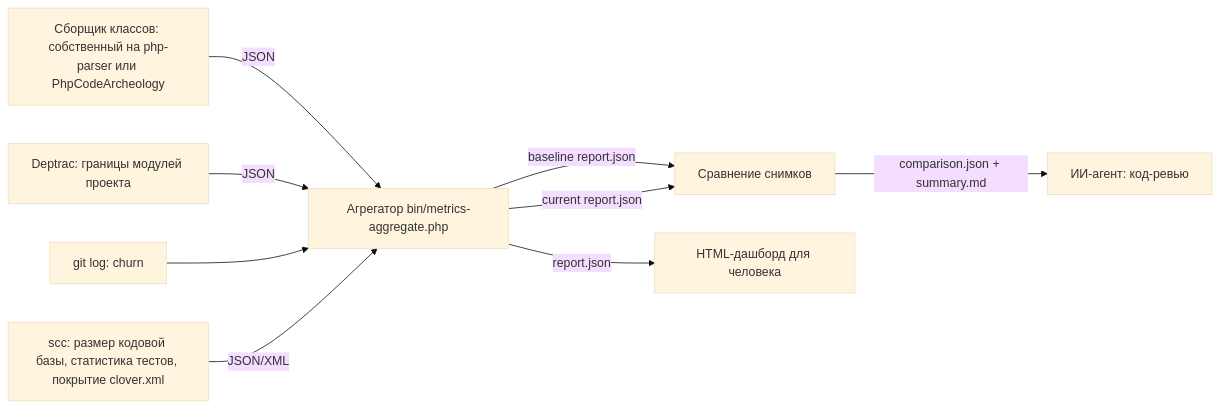
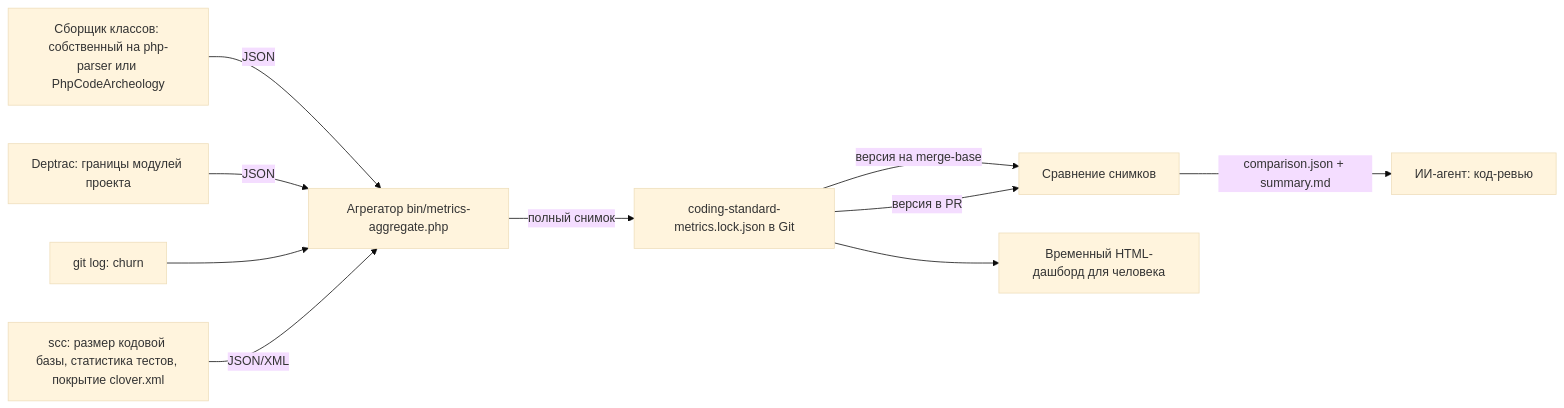
One commit to prikotov/coding-standard changed the diagram in todo/EPIC-metrics-ai-maintainability.todo.md. Above: the diagram before and after it, drawn with Mermaid (base theme). The commit also changed other lines of this file and 4 other files, not shown here.

````diff
--- a/todo/EPIC-metrics-ai-maintainability.todo.md
+++ b/todo/EPIC-metrics-ai-maintainability.todo.md
@@ -98,11 +102,12 @@
 ```mermaid
 flowchart LR
     A[Сборщик классов: собственный на php-parser или PhpCodeArcheology] -->|JSON| D
     B[Deptrac: границы модулей проекта] -->|JSON| D
     C[git log: churn] --> D
     S[scc: размер кодовой базы, статистика тестов, покрытие clover.xml] -->|JSON/XML| D
-    D[Агрегатор bin/metrics-aggregate.php] -->|baseline report.json| G[Сравнение снимков]
-    D -->|current report.json| G
+    D[Агрегатор bin/metrics-aggregate.php] -->|полный снимок| L[coding-standard-metrics.lock.json в Git]
+    L -->|версия на merge-base| G[Сравнение снимков]
+    L -->|версия в PR| G
     G -->|comparison.json + summary.md| F[ИИ-агент: код-ревью]
-    D -->|report.json| E[HTML-дашборд для человека]
+    L --> E[Временный HTML-дашборд для человека]
 ```
````
